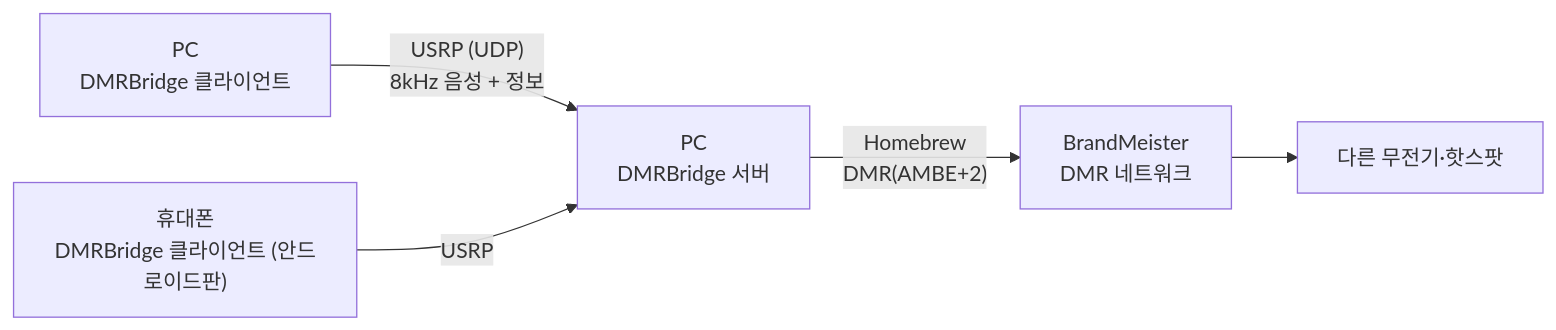
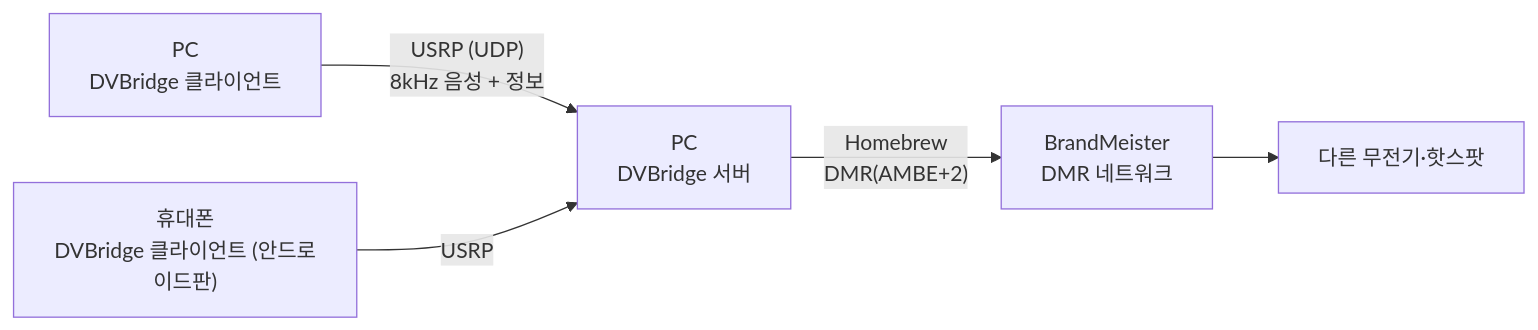
One commit to seunghunchoi-dev/dvbridge-client-pc changed the diagram in README.md. Above: the diagram before and after it, drawn with Mermaid. The commit also changed other lines of this file and 18 other files, not shown here.

````diff
--- a/README.md
+++ b/README.md
@@ -28,7 +30,7 @@
 ```mermaid
 flowchart LR
-    P["PC<br/>DMRBridge 클라이언트"] -- "USRP (UDP)<br/>8kHz 음성 + 정보" --> B["PC<br/>DMRBridge 서버"]
-    A["휴대폰<br/>DMRBridge 클라이언트 (안드로이드판)"] -- USRP --> B
+    P["PC<br/>DVBridge 클라이언트"] -- "USRP (UDP)<br/>8kHz 음성 + 정보" --> B["PC<br/>DVBridge 서버"]
+    A["휴대폰<br/>DVBridge 클라이언트 (안드로이드판)"] -- USRP --> B
     B -- "Homebrew<br/>DMR(AMBE+2)" --> C["BrandMeister<br/>DMR 네트워크"]
     C --> D["다른 무전기·핫스팟"]
 ```
````
